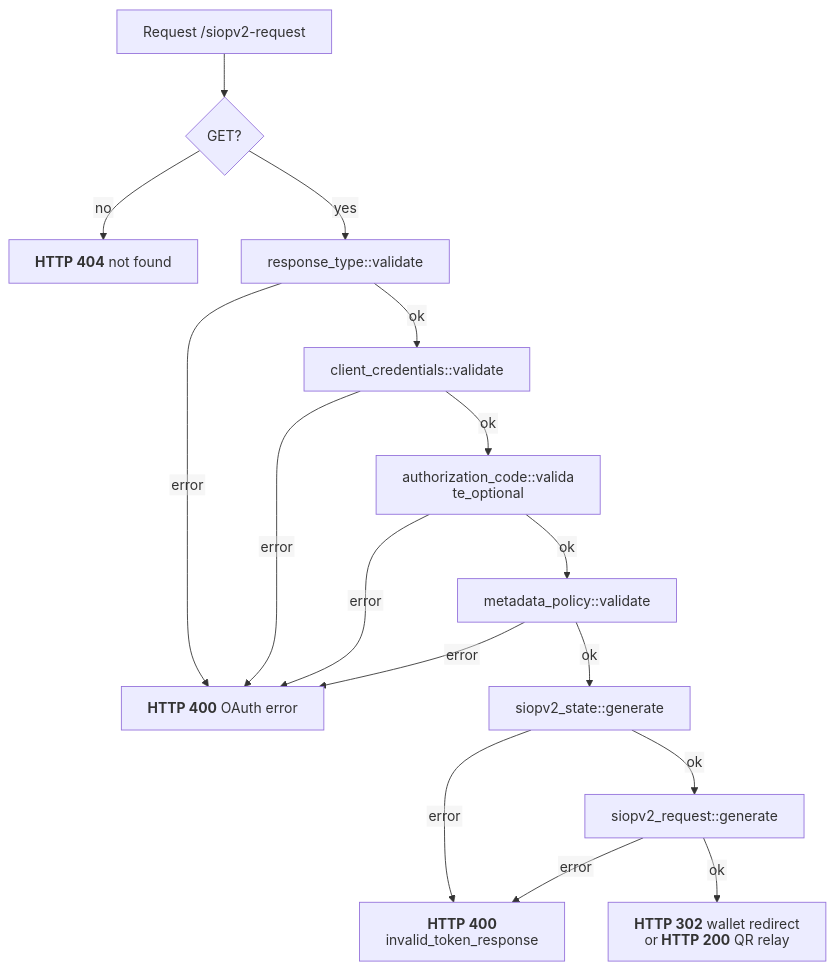
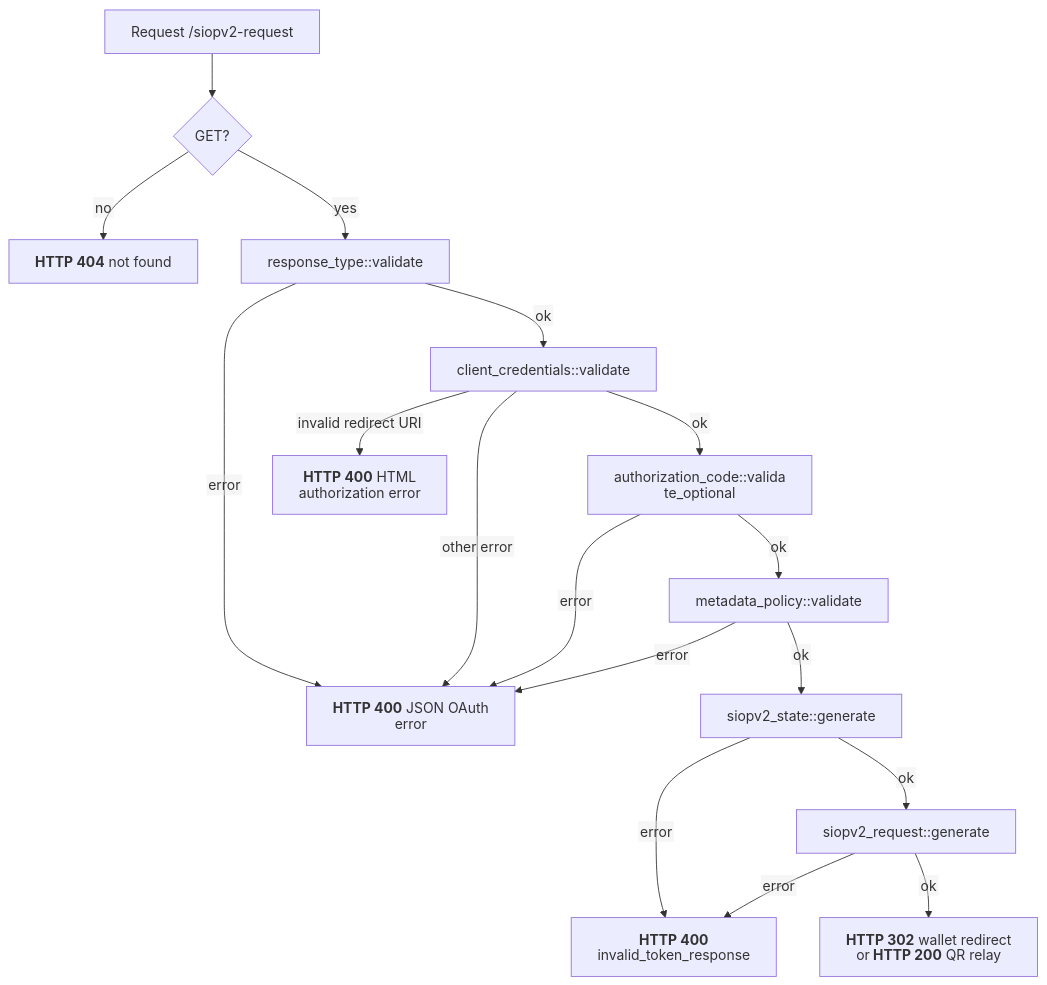
The diagram in docs/flows/siopv2/authorization_request_endpoint.mmd (malach-it/kagome), drawn with Mermaid before and after one commit. The commit also changed 13 other files, not shown here.

```diff
--- a/docs/flows/siopv2/authorization_request_endpoint.mmd
+++ b/docs/flows/siopv2/authorization_request_endpoint.mmd
@@ -1,17 +1,18 @@
 %%{init: {"htmlLabels": false, "flowchart": {"htmlLabels": false}}}%%
 flowchart TD
     start[Request /siopv2-request] --> method{GET?}
     method -- no --> not_found["`**HTTP 404** not found`"]
     method -- yes --> response_type["response_type::validate"]
-    response_type -- error --> request_error["`**HTTP 400** OAuth error`"]
+    response_type -- error --> request_error["`**HTTP 400** JSON OAuth error`"]
     response_type -- ok --> client["client_credentials::validate"]
-    client -- error --> request_error
+    client -- invalid redirect URI --> html_error["`**HTTP 400** HTML authorization error`"]
+    client -- other error --> request_error
     client -- ok --> code["authorization_code::validate_optional"]
     code -- error --> request_error
     code -- ok --> policy["metadata_policy::validate"]
     policy -- error --> request_error
     policy -- ok --> state["siopv2_state::generate"]
     state -- error --> generation_error["`**HTTP 400** invalid_token_response`"]
     state -- ok --> request_object["siopv2_request::generate"]
     request_object -- error --> generation_error
     request_object -- ok --> success["`**HTTP 302** wallet redirect or **HTTP 200** QR relay`"]
```
